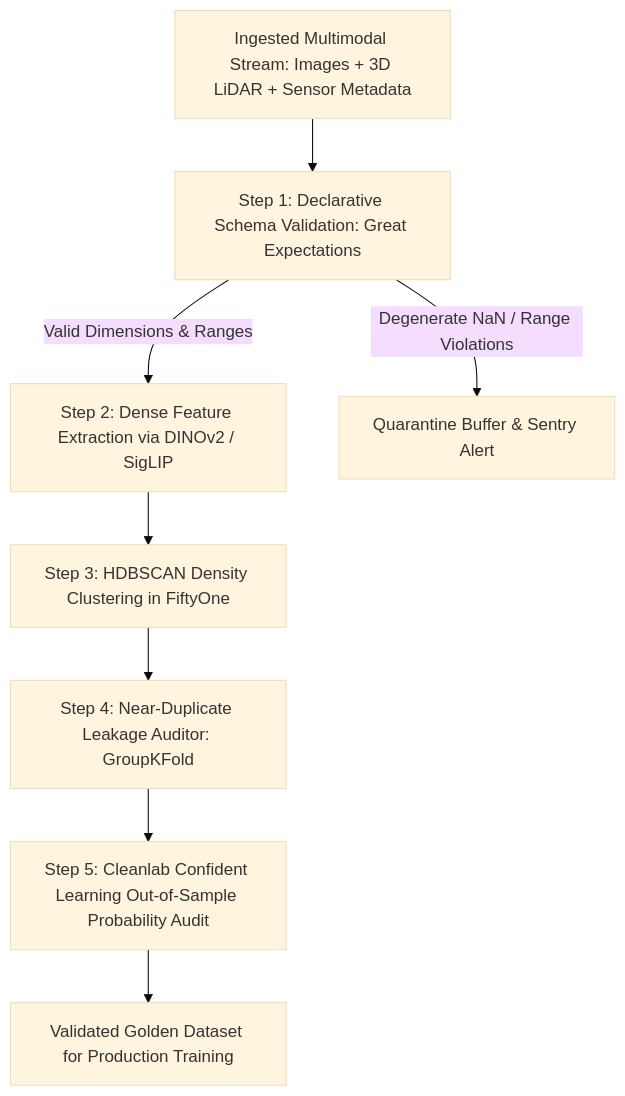
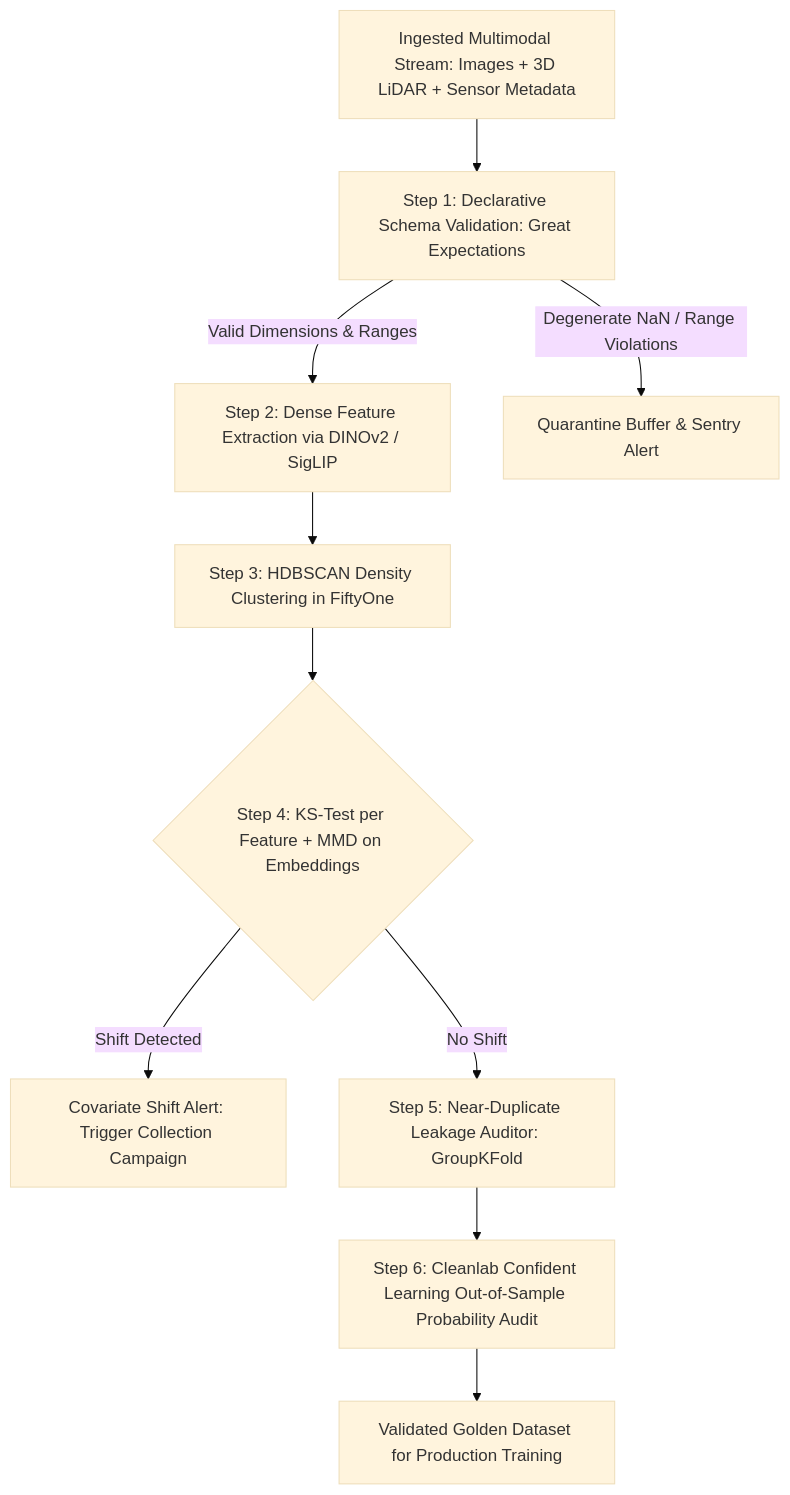
Before and after one commit to sergiomh499/cv-projects: the diagram in topics/data-quality-and-verification/03-drift-and-open-problems.md, drawn with Mermaid (base theme). The commit also changed other lines of this file and 51 other files, not shown here.

````diff
--- a/topics/data-quality-and-verification/03-drift-and-open-problems.md
+++ b/topics/data-quality-and-verification/03-drift-and-open-problems.md
@@ -27,11 +27,12 @@
 ```mermaid
 flowchart TD
     Raw["Ingested Multimodal Stream: Images + 3D LiDAR + Sensor Metadata"] --> Contract["Step 1: Declarative Schema Validation: Great Expectations"]
     Contract -->|Valid Dimensions & Ranges| Embed["Step 2: Dense Feature Extraction via DINOv2 / SigLIP"]
     Contract -->|Degenerate NaN / Range Violations| Quarantine["Quarantine Buffer & Sentry Alert"]
     Embed --> Geometry["Step 3: HDBSCAN Density Clustering in FiftyOne"]
-    Geometry --> SplitAudit["Step 4: Near-Duplicate Leakage Auditor: GroupKFold"]
-    SplitAudit --> Confident["Step 5: Cleanlab Confident Learning Out-of-Sample Probability Audit"]
+    Geometry --> DriftCheck{"Step 4: KS-Test per Feature + MMD on Embeddings"}
+    DriftCheck -->|Shift Detected| DriftReport["Covariate Shift Alert: Trigger Collection Campaign"]
+    DriftCheck -->|No Shift| SplitAudit["Step 5: Near-Duplicate Leakage Auditor: GroupKFold"]
+    SplitAudit --> Confident["Step 6: Cleanlab Confident Learning Out-of-Sample Probability Audit"]
     Confident --> Golden["Validated Golden Dataset for Production Training"]
-
 ```
````
